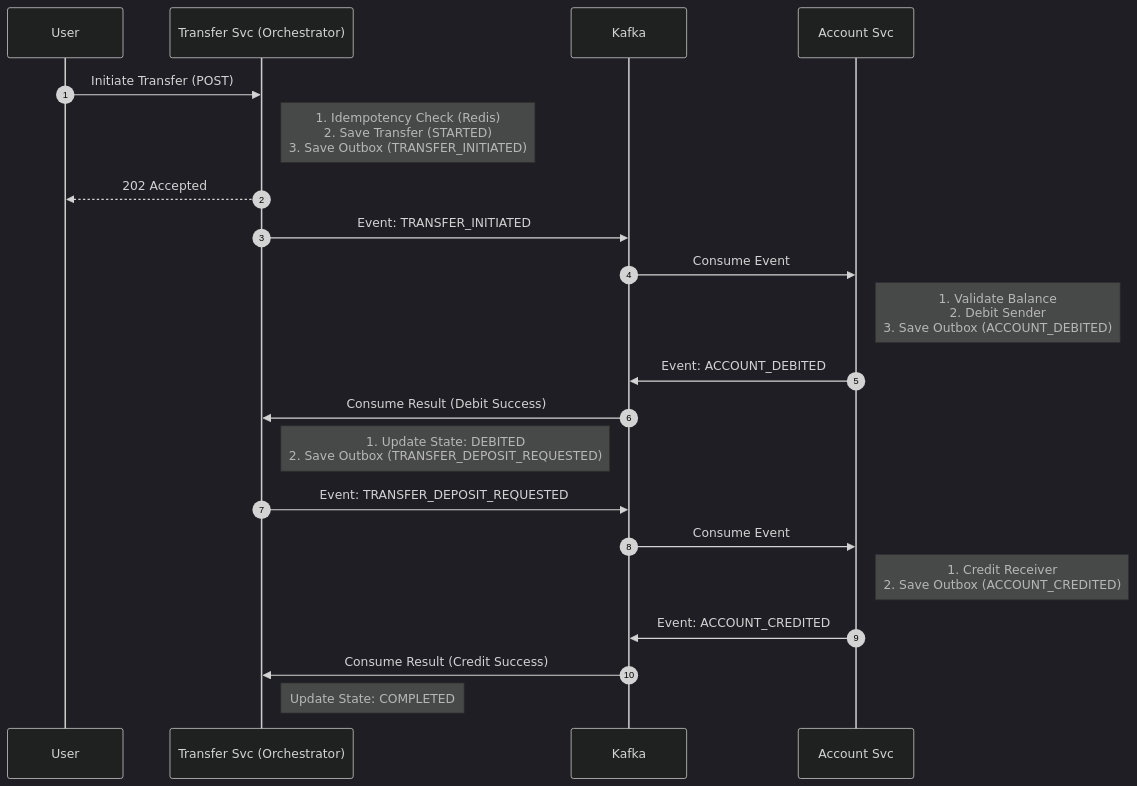
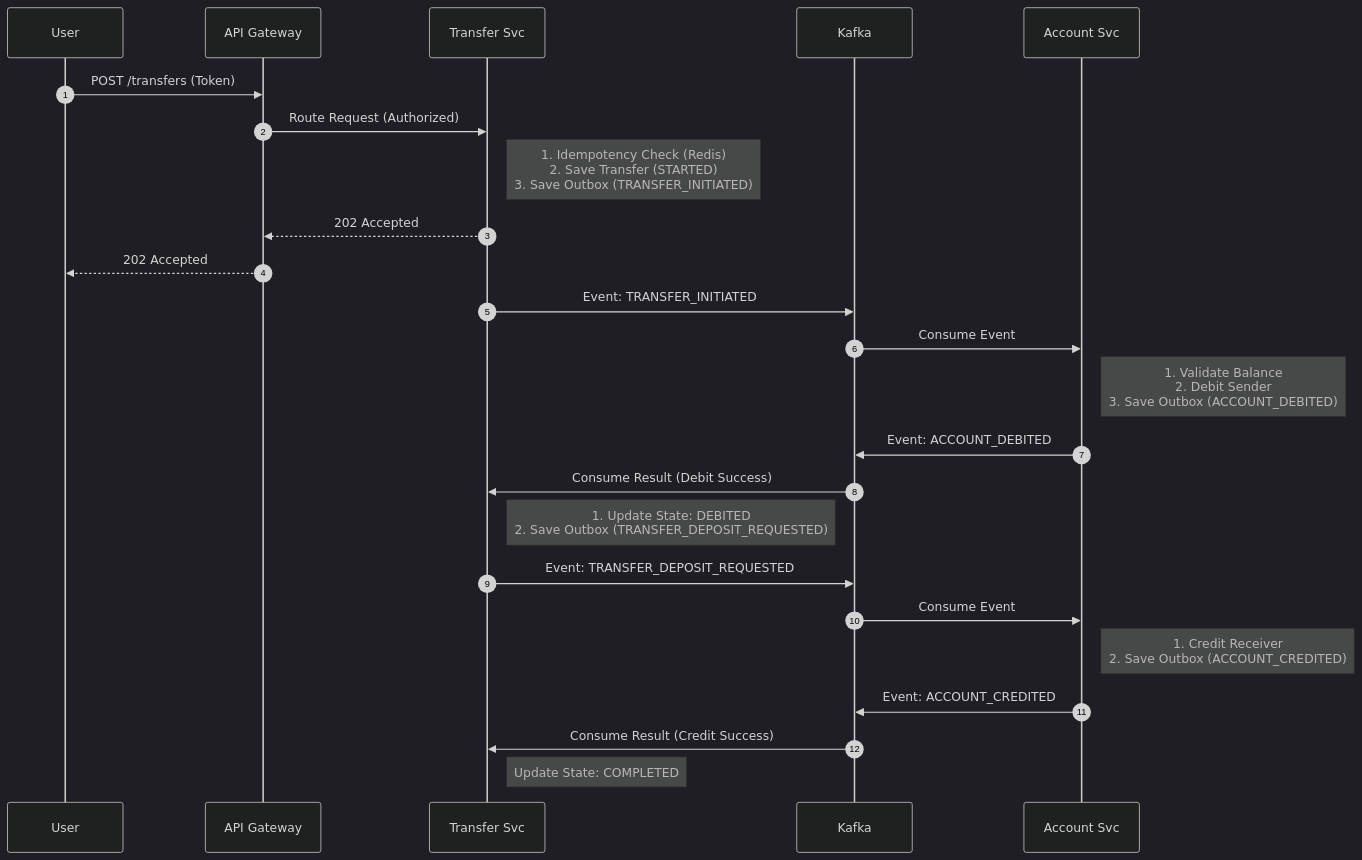
Before and after one commit to minelsaygisever/money-transfer-orchestrator: the second of 3 diagrams in README.md, drawn with Mermaid (dark theme). The commit also changed other lines of this file and 39 other files, not shown here.

Commit message:
feat(security): integrate Keycloak, API Gateway and JWT implementation

````diff
--- a/README.md
+++ b/README.md
@@ -52,29 +79,33 @@
 ```mermaid
 sequenceDiagram
     autonumber
     participant User
-    participant TS as Transfer Svc (Orchestrator)
+    participant GW as API Gateway
+    participant TS as Transfer Svc
     participant K as Kafka
     participant AS as Account Svc
-    
-    User->>TS: Initiate Transfer (POST)
+
+    User->>GW: POST /transfers (Token)
+    GW->>TS: Route Request (Authorized)
+
     Note right of TS: 1. Idempotency Check (Redis)<br/>2. Save Transfer (STARTED)<br/>3. Save Outbox (TRANSFER_INITIATED)
-    TS-->>User: 202 Accepted
-    
+    TS-->>GW: 202 Accepted
+    GW-->>User: 202 Accepted
+
     TS->>K: Event: TRANSFER_INITIATED
     K->>AS: Consume Event
-    
+
     Note right of AS: 1. Validate Balance<br/>2. Debit Sender<br/>3. Save Outbox (ACCOUNT_DEBITED)
     AS->>K: Event: ACCOUNT_DEBITED
-    
+
     K->>TS: Consume Result (Debit Success)
     Note right of TS: 1. Update State: DEBITED<br/>2. Save Outbox (TRANSFER_DEPOSIT_REQUESTED)
-    
+
     TS->>K: Event: TRANSFER_DEPOSIT_REQUESTED
     K->>AS: Consume Event
     Note right of AS: 1. Credit Receiver<br/>2. Save Outbox (ACCOUNT_CREDITED)
     AS->>K: Event: ACCOUNT_CREDITED
-    
+
     K->>TS: Consume Result (Credit Success)
     Note right of TS: Update State: COMPLETED
 ```
````
